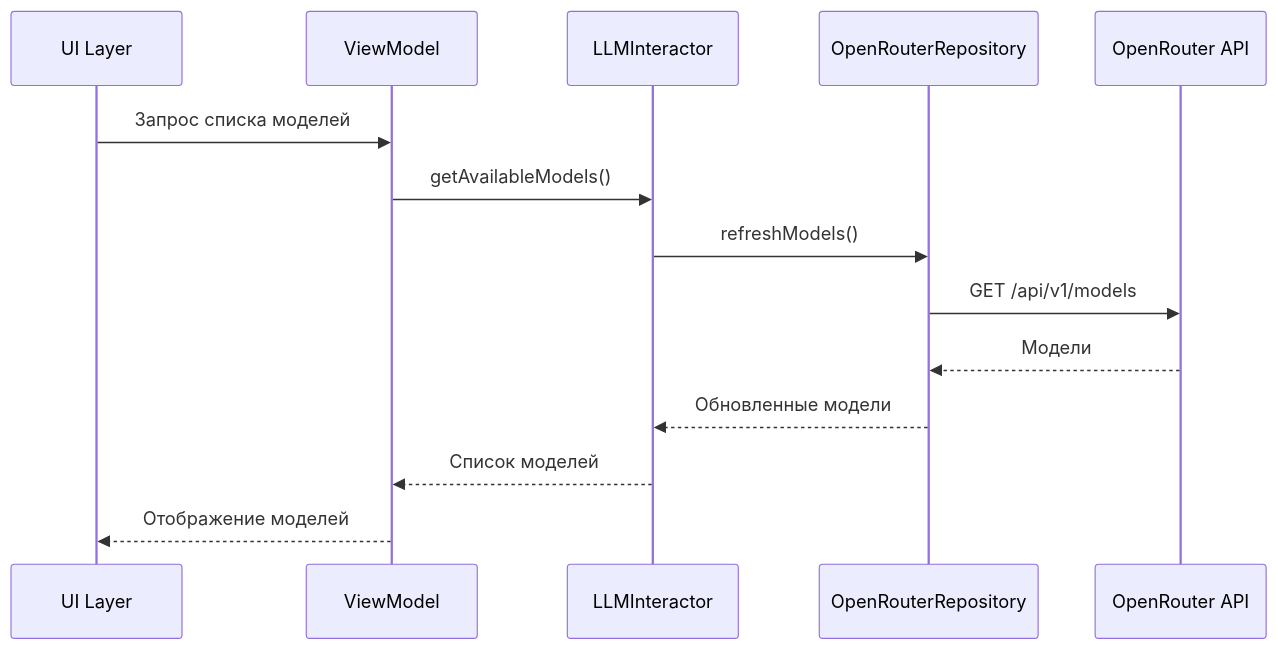
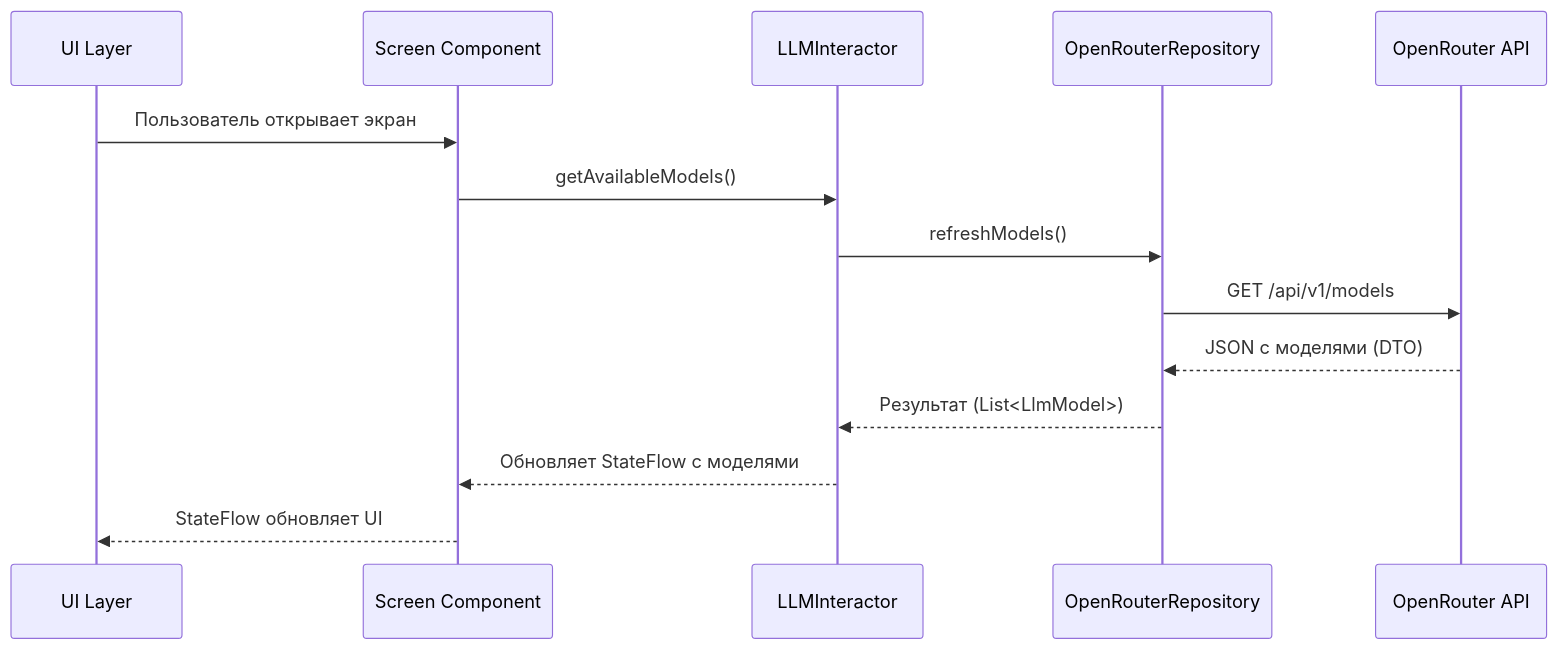
Before and after one commit to arnyigor/aipromptskmp: the third of 5 diagrams in PROJECT_ANALYSIS.md, drawn with Mermaid. The commit also changed other lines of this file and 38 other files, not shown here.

````diff
--- a/PROJECT_ANALYSIS.md
+++ b/PROJECT_ANALYSIS.md
@@ -71,17 +89,17 @@
 ```mermaid
 sequenceDiagram
     participant UI as UI Layer
-    participant VM as ViewModel
+    participant Component as Screen Component
     participant Interactor as LLMInteractor
     participant Repository as OpenRouterRepository
     participant API as OpenRouter API
 
-    UI->>VM: Запрос списка моделей
-    VM->>Interactor: getAvailableModels()
+    UI->>Component: Пользователь открывает экран
+    Component->>Interactor: getAvailableModels()
     Interactor->>Repository: refreshModels()
     Repository->>API: GET /api/v1/models
-    API-->>Repository: Модели
-    Repository-->>Interactor: Обновленные модели
-    Interactor-->>VM: Список моделей
-    VM-->>UI: Отображение моделей
+    API-->>Repository: JSON с моделями (DTO)
+    Repository-->>Interactor: Результат (List<LlmModel>)
+    Interactor-->>Component: Обновляет StateFlow с моделями
+    Component-->>UI: StateFlow обновляет UI
 ```
````
